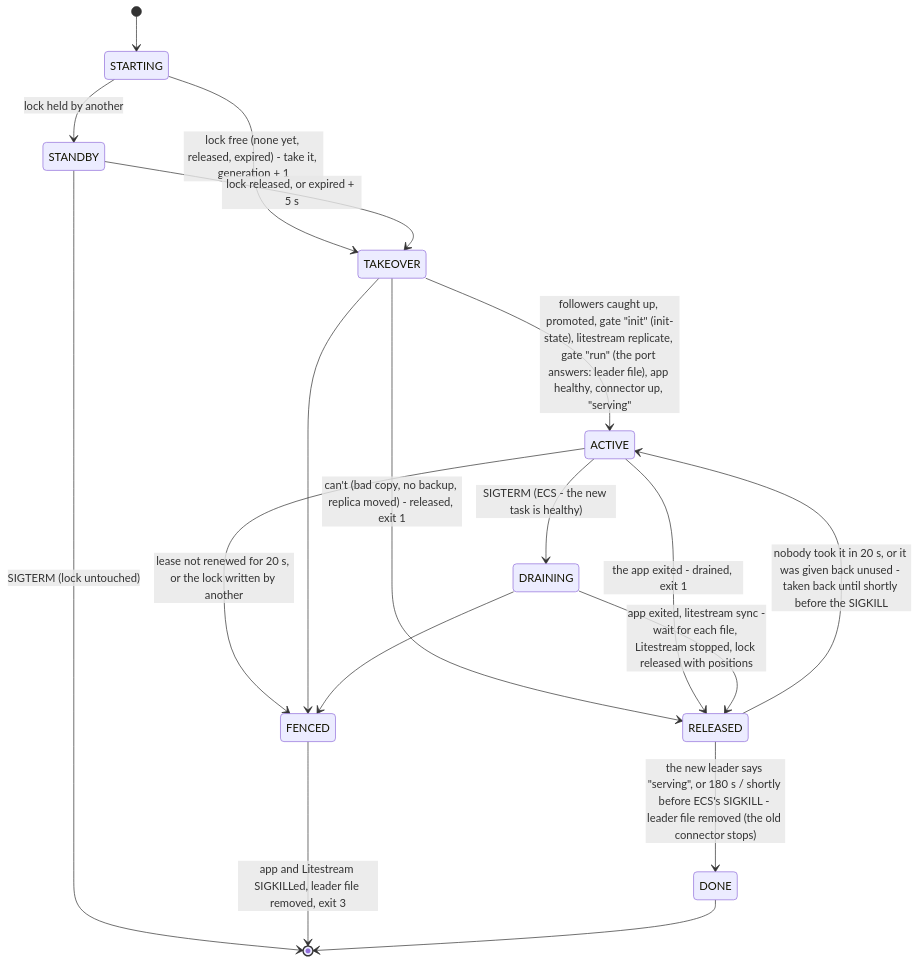
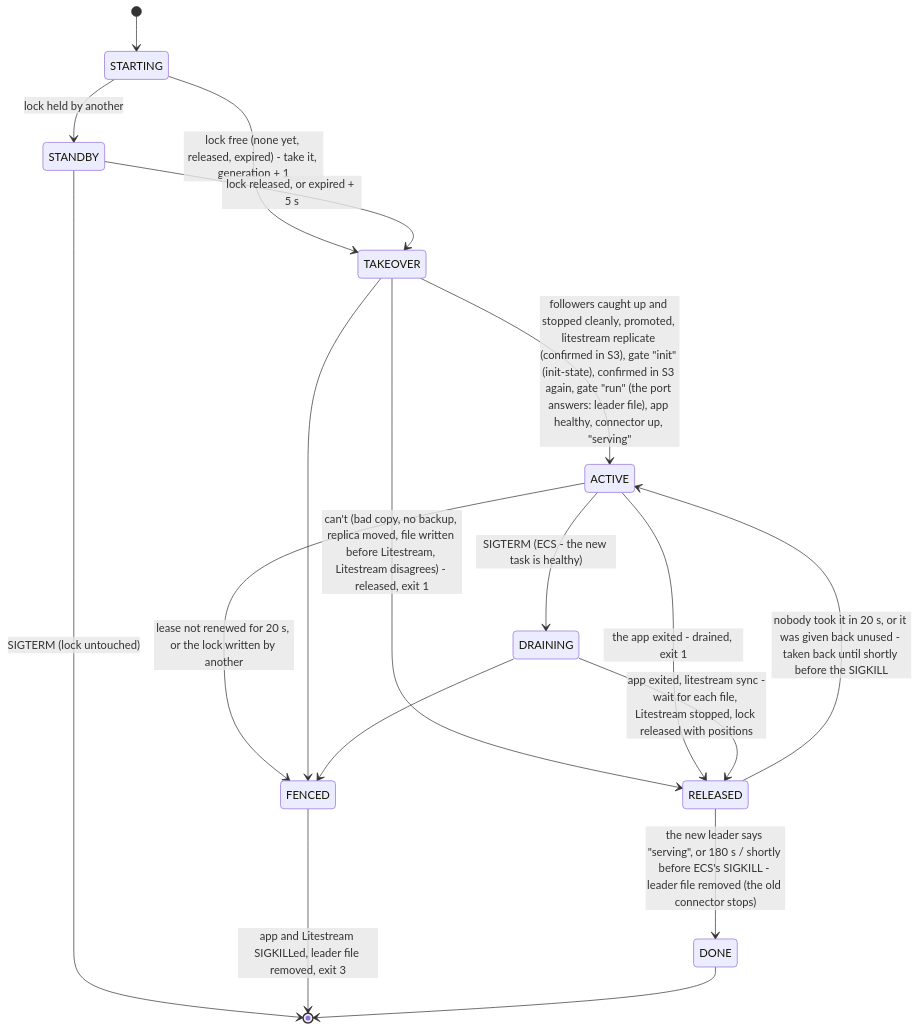
Before and after one commit to actualsecurity/sizeup: the diagram in docs/cloud.md, drawn with Mermaid. The commit also changed other lines of this file and 11 other files, not shown here.

````diff
--- a/docs/cloud.md
+++ b/docs/cloud.md
@@ -2769,20 +2769,20 @@
 ```mermaid
 stateDiagram-v2
     [*] --> STARTING
     STARTING --> TAKEOVER: lock free (none yet, released, expired) - take it, generation + 1
     STARTING --> STANDBY: lock held by another
     STANDBY --> TAKEOVER: lock released, or expired + 5 s
     STANDBY --> [*]: SIGTERM (lock untouched)
-    TAKEOVER --> ACTIVE: followers caught up, promoted, gate "init" (init-state), litestream replicate, gate "run" (the port answers: leader file), app healthy, connector up, "serving"
-    TAKEOVER --> RELEASED: can't (bad copy, no backup, replica moved) - released, exit 1
+    TAKEOVER --> ACTIVE: followers caught up and stopped cleanly, promoted, litestream replicate (confirmed in S3), gate "init" (init-state), confirmed in S3 again, gate "run" (the port answers: leader file), app healthy, connector up, "serving"
+    TAKEOVER --> RELEASED: can't (bad copy, no backup, replica moved, file written before Litestream, Litestream disagrees) - released, exit 1
     ACTIVE --> DRAINING: SIGTERM (ECS - the new task is healthy)
     ACTIVE --> RELEASED: the app exited - drained, exit 1
     DRAINING --> RELEASED: app exited, litestream sync -wait for each file, Litestream stopped, lock released with positions
     RELEASED --> DONE: the new leader says "serving", or 180 s / shortly before ECS's SIGKILL - leader file removed (the old connector stops)
     RELEASED --> ACTIVE: nobody took it in 20 s, or it was given back unused - taken back until shortly before the SIGKILL
     ACTIVE --> FENCED: lease not renewed for 20 s, or the lock written by another
     TAKEOVER --> FENCED
     DRAINING --> FENCED
     FENCED --> [*]: app and Litestream SIGKILLed, leader file removed, exit 3
     DONE --> [*]
 ```
````
